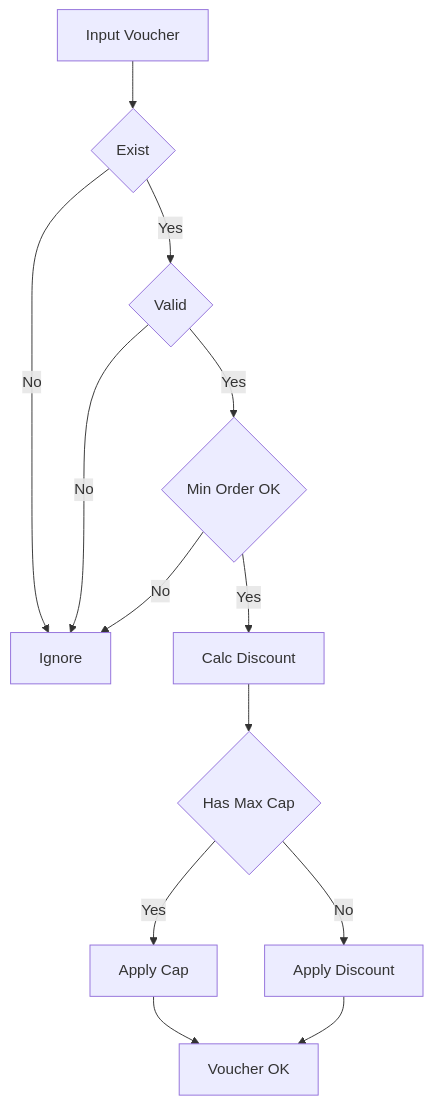
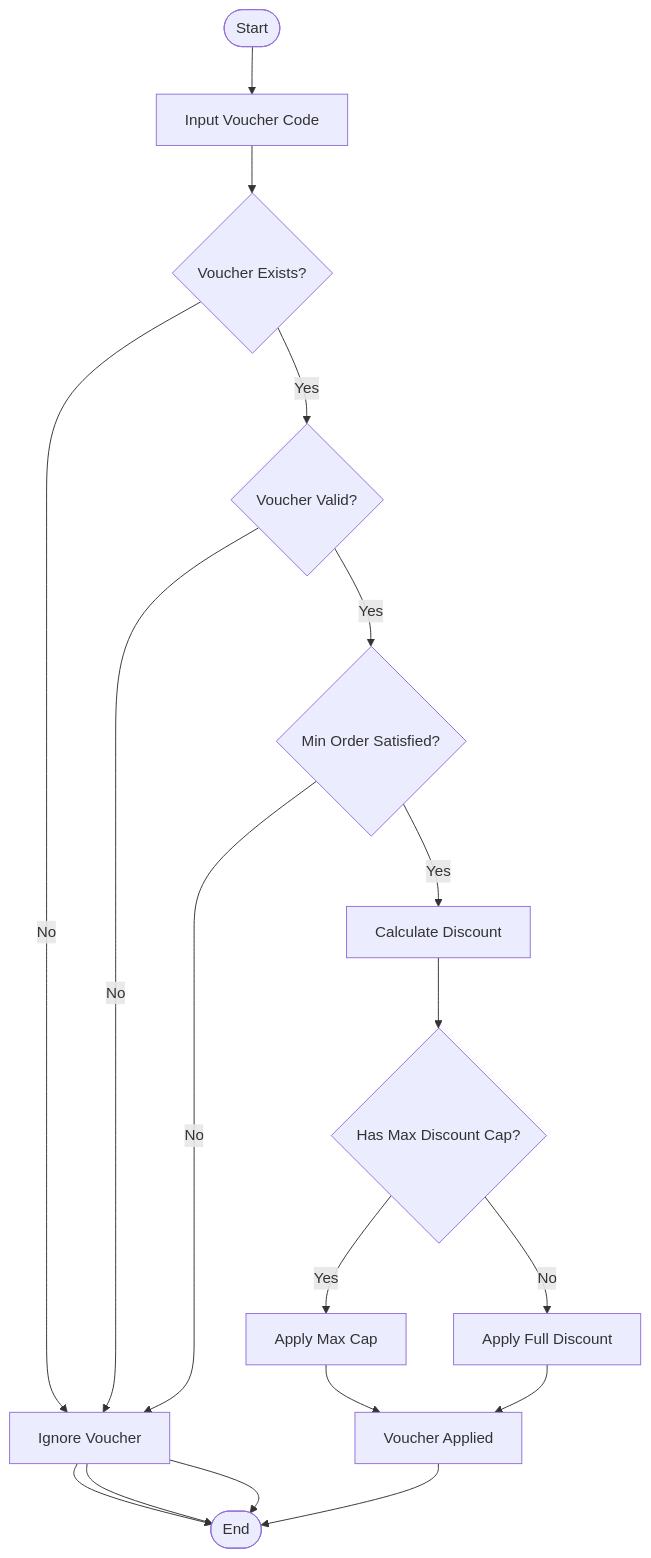
Before and after one commit to LeTranQuocDung/Group-6: the second of 3 diagrams in docs/analysis/checkout_voucher.md, drawn with Mermaid. The commit also changed other lines of this file, not shown here.

````diff
--- a/docs/analysis/checkout_voucher.md
+++ b/docs/analysis/checkout_voucher.md
@@ -38,19 +33,18 @@
 ```mermaid
 graph TD
-    A[Input Voucher] --> B{Exist}
-    B -->|No| X[Ignore]
-    B -->|Yes| C{Valid}
-
-    C -->|No| X
-    C -->|Yes| D{Min Order OK}
-
-    D -->|No| X
-    D -->|Yes| E[Calc Discount]
-
-    E --> F{Has Max Cap}
-    F -->|Yes| G[Apply Cap]
-    F -->|No| H[Apply Discount]
-
-    G --> I[Voucher OK]
-    H --> I
+    VS([Start]) --> VA[Input Voucher Code]
+    VA --> VB{Voucher Exists?}
+    VB -->|No| VX[Ignore Voucher]
+    VX --> VE([End])
+    VB -->|Yes| VC{Voucher Valid?}
+    VC -->|No| VX --> VE
+    VC -->|Yes| VD{Min Order Satisfied?}
+    VD -->|No| VX --> VE
+    VD -->|Yes| VF[Calculate Discount]
+    VF --> VG{Has Max Discount Cap?}
+    VG -->|Yes| VH[Apply Max Cap]
+    VG -->|No| VI[Apply Full Discount]
+    VH --> VJ[Voucher Applied]
+    VI --> VJ
+    VJ --> VE
 ```
````
